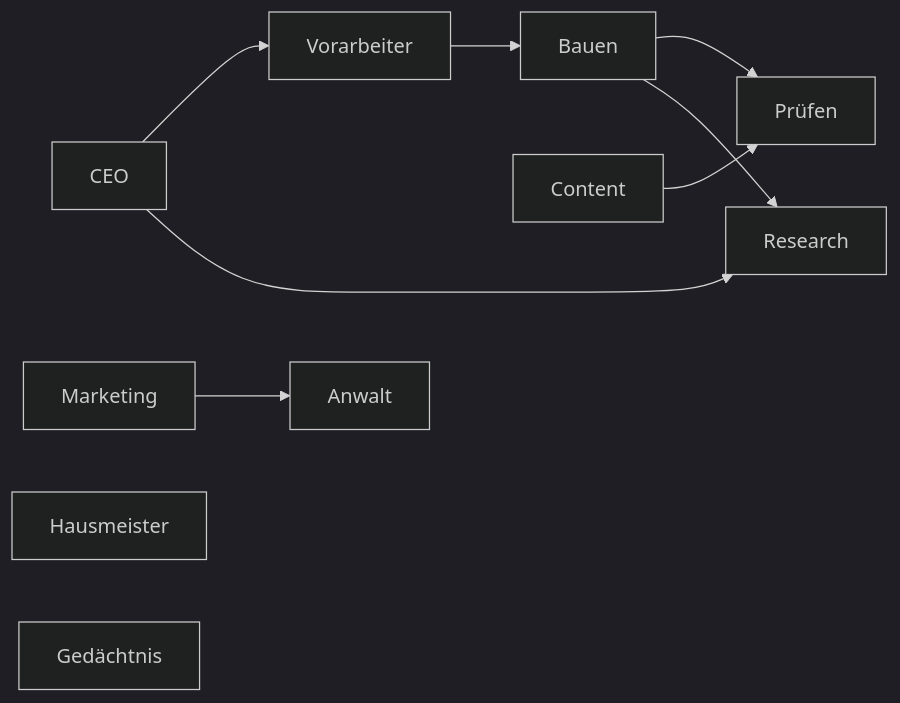
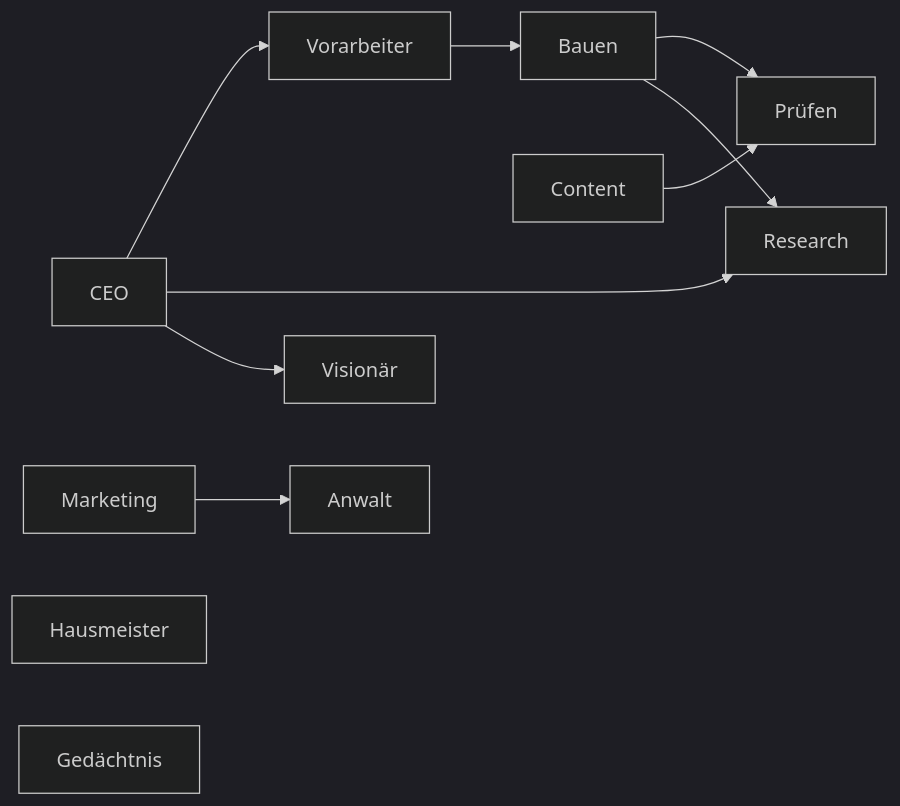
One commit to siinanXD/Leitstand changed the diagram in docs/ABLAUF.md. Above: the diagram before and after it, drawn with Mermaid (dark theme). The commit also changed other lines of this file and 16 other files, not shown here.

First line of the commit message:
feat(visionaer): Versionen je Produkt, CEO stoppt bei fertig (SIN-573)

````diff
--- a/docs/ABLAUF.md
+++ b/docs/ABLAUF.md
@@ -5,20 +5,22 @@
 ```mermaid
 flowchart LR
   ceo["CEO"]
+  visionaer["Visionär"]
   vorarbeiter["Vorarbeiter"]
   research["Research"]
   bauen["Bauen"]
   pruefen["Prüfen"]
   content["Content"]
   marketing["Marketing"]
   hausmeister["Hausmeister"]
   anwalt["Anwalt"]
   gedaechtnis["Gedächtnis"]
   ceo --> vorarbeiter
   ceo --> research
+  ceo --> visionaer
   vorarbeiter --> bauen
   bauen --> pruefen
   bauen --> research
   content --> pruefen
   marketing --> anwalt
 ```
````
